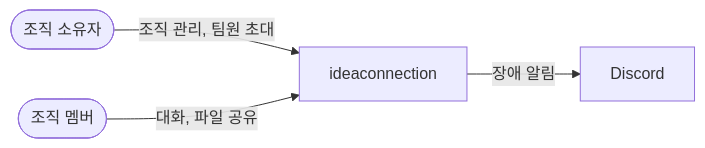
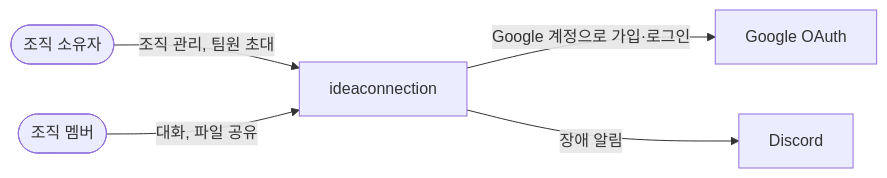
The first of 4 diagrams in docs/architecture.md (ktcloud-cloudnative-2026/team03-HelloCloud), drawn with Mermaid before and after one commit. The commit also changed other lines of this file, not shown here.

Commit message:
docs: 아키텍처에 Google OAuth 로그인 추가

````diff
--- a/docs/architecture.md
+++ b/docs/architecture.md
@@ -11,6 +11,7 @@
 ```mermaid
 flowchart LR
   owner([조직 소유자]) -->|조직 관리, 팀원 초대| svc[ideaconnection]
   member([조직 멤버]) -->|대화, 파일 공유| svc
+  svc -->|Google 계정으로 가입·로그인| gg[Google OAuth]
   svc -->|장애 알림| dc[Discord]
 ```
````
